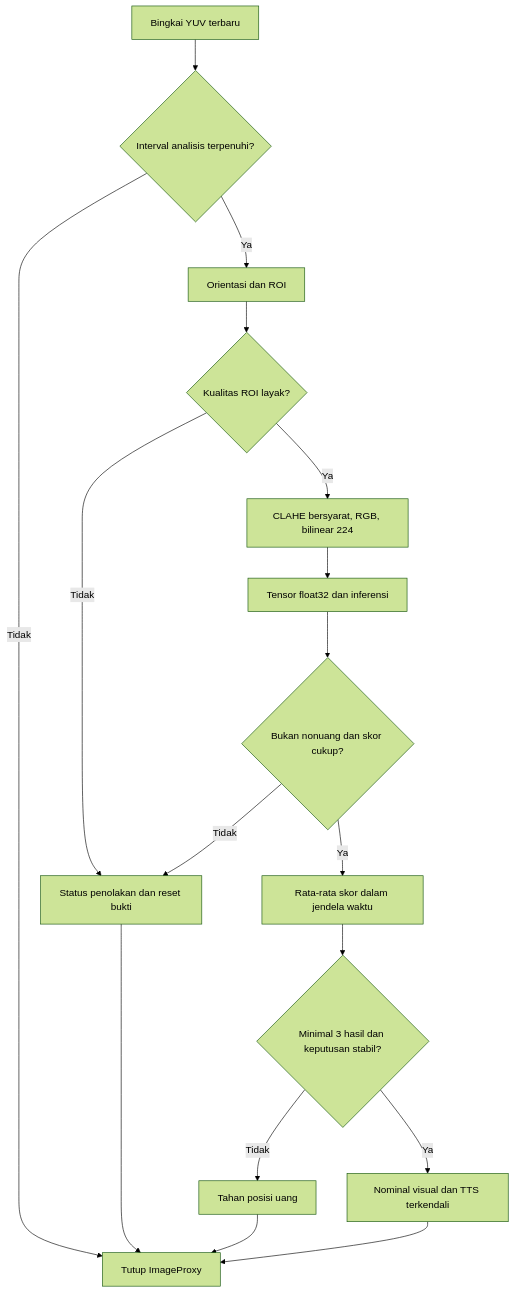
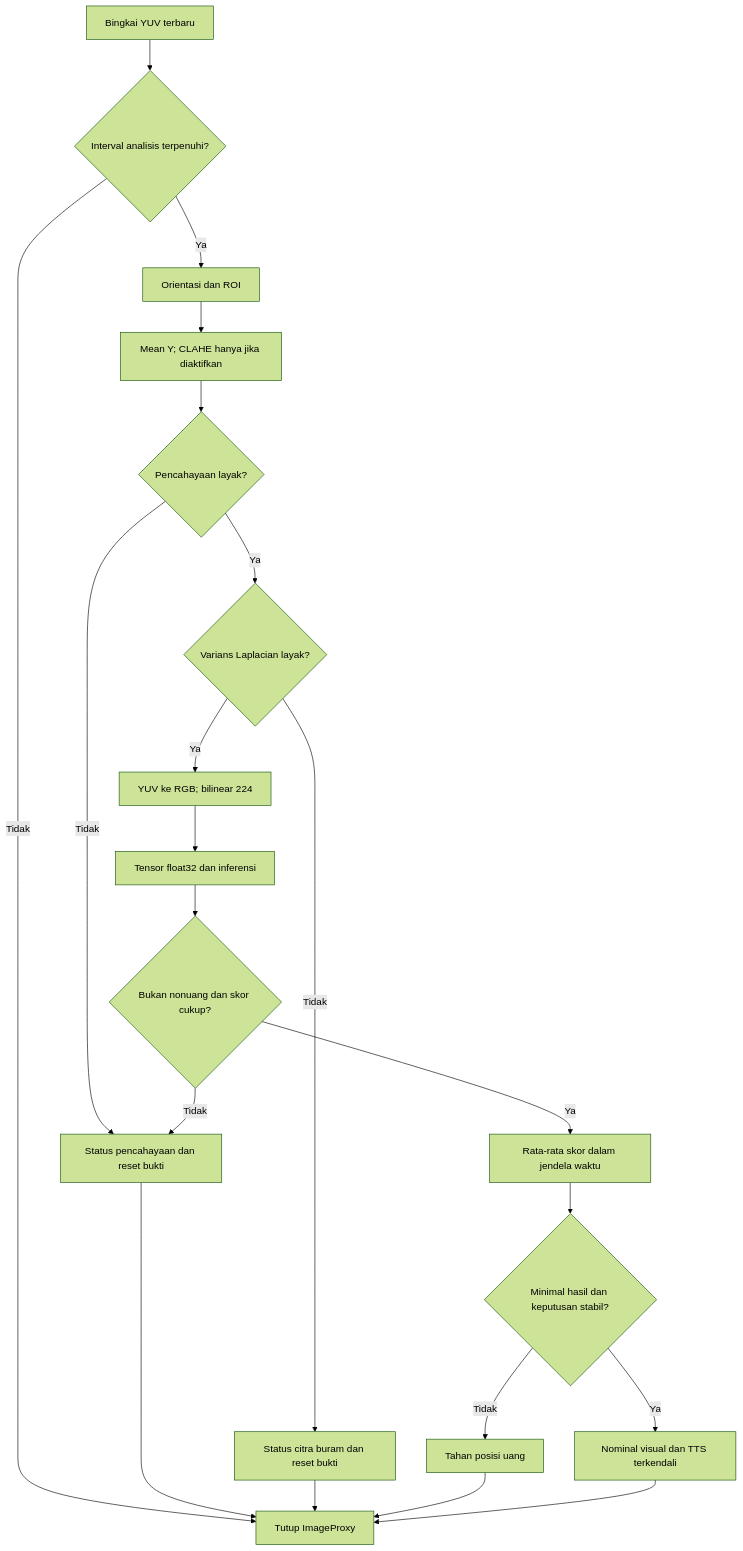
Before and after one commit to aracel1234/rupiah-banknote-recognition-mobilenetv3: the diagram in implementasi_android/docs/02_ARSITEKTUR_DAN_ALUR.md, drawn with Mermaid (forest theme). The commit also changed other lines of this file and 20 other files, not shown here.

````diff
--- a/implementasi_android/docs/02_ARSITEKTUR_DAN_ALUR.md
+++ b/implementasi_android/docs/02_ARSITEKTUR_DAN_ALUR.md
@@ -24,19 +24,23 @@
 ```mermaid
 flowchart TD
     A["Bingkai YUV terbaru"] --> B{"Interval analisis terpenuhi?"}
     B -- Tidak --> Z["Tutup ImageProxy"]
     B -- Ya --> C["Orientasi dan ROI"]
-    C --> D{"Kualitas ROI layak?"}
-    D -- Tidak --> E["Status penolakan dan reset bukti"]
-    E --> Z
-    D -- Ya --> F["CLAHE bersyarat, RGB, bilinear 224"]
-    F --> G["Tensor float32 dan inferensi"]
-    G --> H{"Bukan nonuang dan skor cukup?"}
-    H -- Tidak --> E
-    H -- Ya --> I["Rata-rata skor dalam jendela waktu"]
-    I --> J{"Minimal 3 hasil dan keputusan stabil?"}
-    J -- Tidak --> K["Tahan posisi uang"]
-    K --> Z
-    J -- Ya --> L["Nominal visual dan TTS terkendali"]
+    C --> D["Mean Y; CLAHE hanya jika diaktifkan"]
+    D --> E{"Pencahayaan layak?"}
+    E -- Tidak --> R["Status pencahayaan dan reset bukti"]
+    R --> Z
+    E -- Ya --> F{"Varians Laplacian layak?"}
+    F -- Tidak --> Q["Status citra buram dan reset bukti"]
+    Q --> Z
+    F -- Ya --> G["YUV ke RGB; bilinear 224"]
+    G --> H["Tensor float32 dan inferensi"]
+    H --> I{"Bukan nonuang dan skor cukup?"}
+    I -- Tidak --> R
+    I -- Ya --> J["Rata-rata skor dalam jendela waktu"]
+    J --> K{"Minimal hasil dan keputusan stabil?"}
+    K -- Tidak --> L["Tahan posisi uang"]
     L --> Z
+    K -- Ya --> M["Nominal visual dan TTS terkendali"]
+    M --> Z
 ```
````
